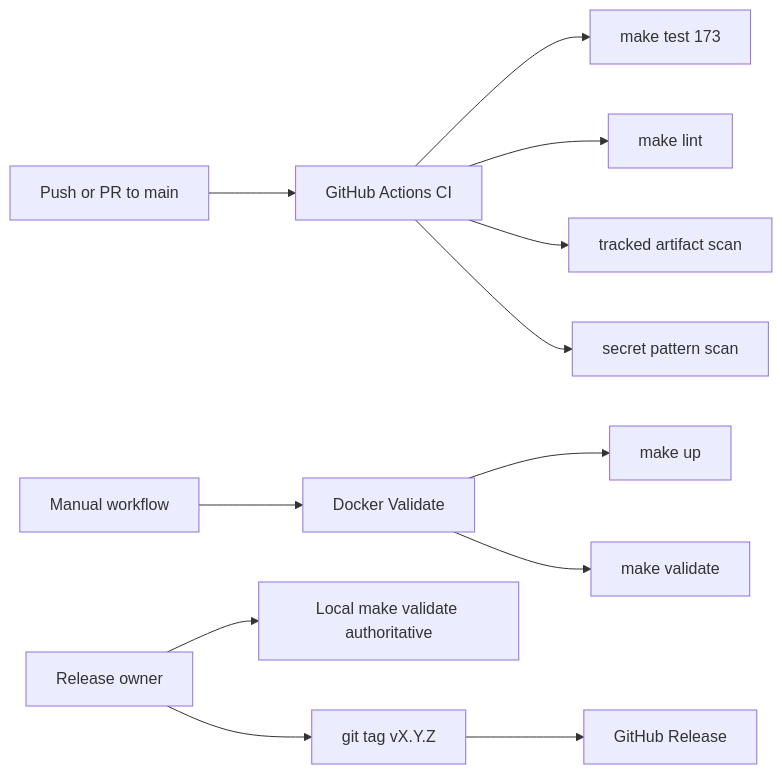
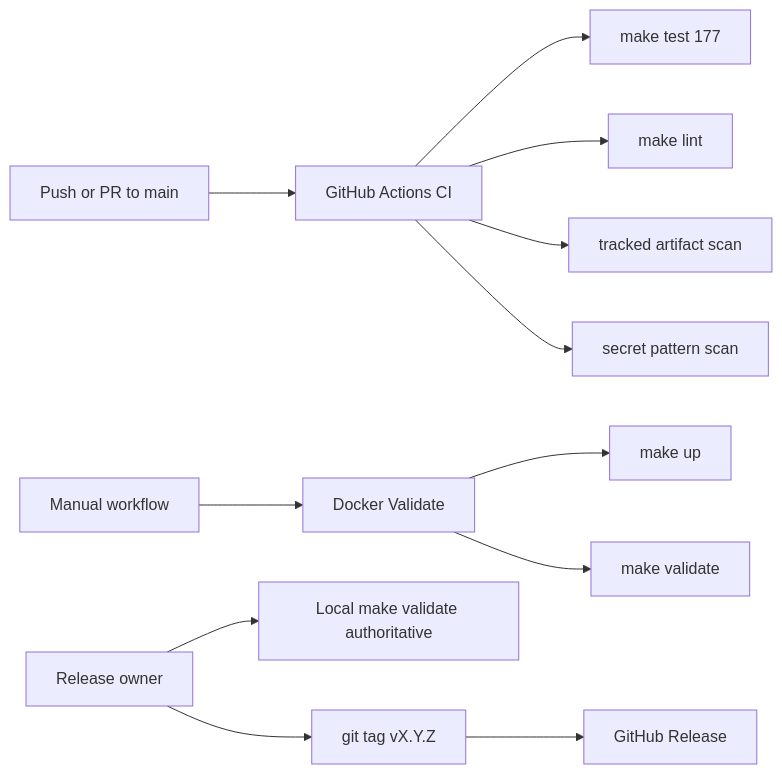
Diagram 13 of 13 in docs/DIAGRAMS.md (codethor0/boundary-layer), drawn with Mermaid before and after one commit. The commit also changed 18 other files, not shown here.

````diff
--- a/docs/DIAGRAMS.md
+++ b/docs/DIAGRAMS.md
@@ -252,16 +252,16 @@
 ```mermaid
 flowchart LR
     Push[Push or PR to main] --> GHA[GitHub Actions CI]
-    GHA --> Test[make test 173]
+    GHA --> Test[make test 177]
     GHA --> Lint[make lint]
     GHA --> Hygiene[tracked artifact scan]
     GHA --> Secret[secret pattern scan]
 
     Manual[Manual workflow] --> DockerVal[Docker Validate]
     DockerVal --> Up[make up]
     DockerVal --> Val[make validate]
 
     Release[Release owner] --> Local[Local make validate authoritative]
     Release --> Tag[git tag vX.Y.Z]
     Tag --> GHRel[GitHub Release]
 ```
````
